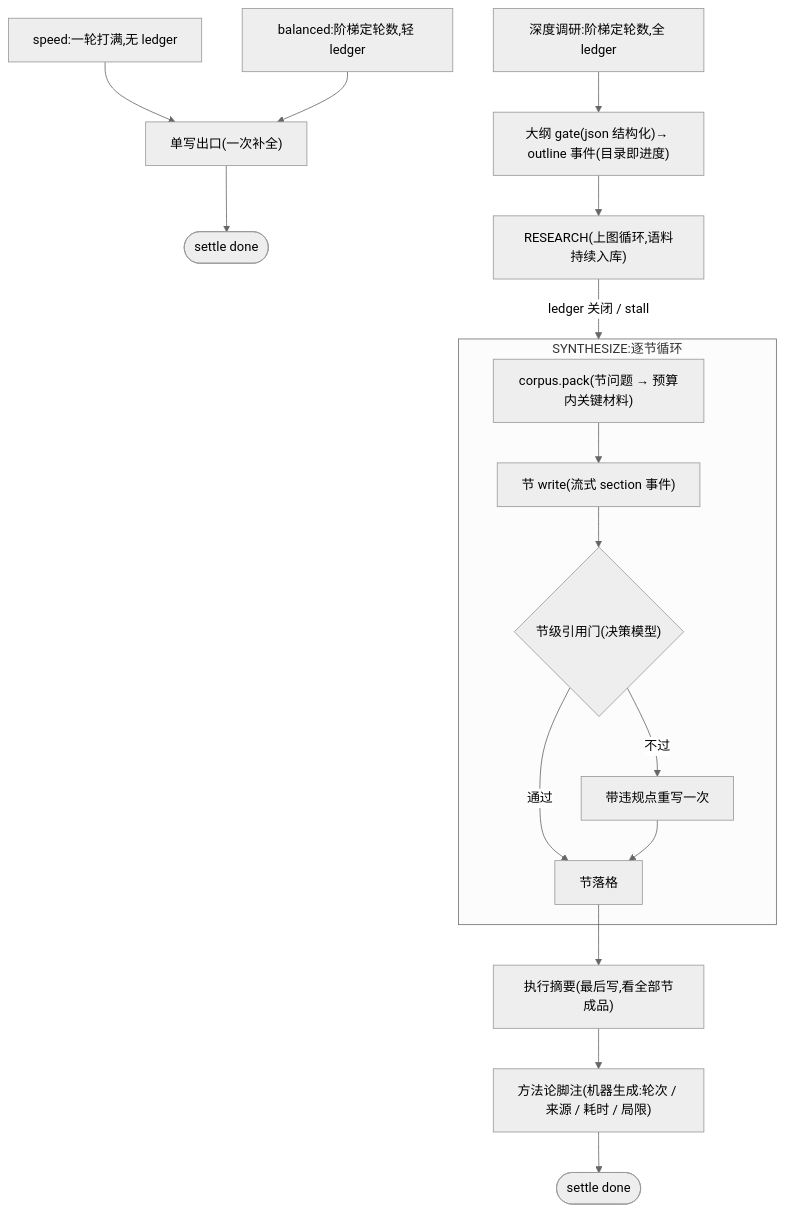
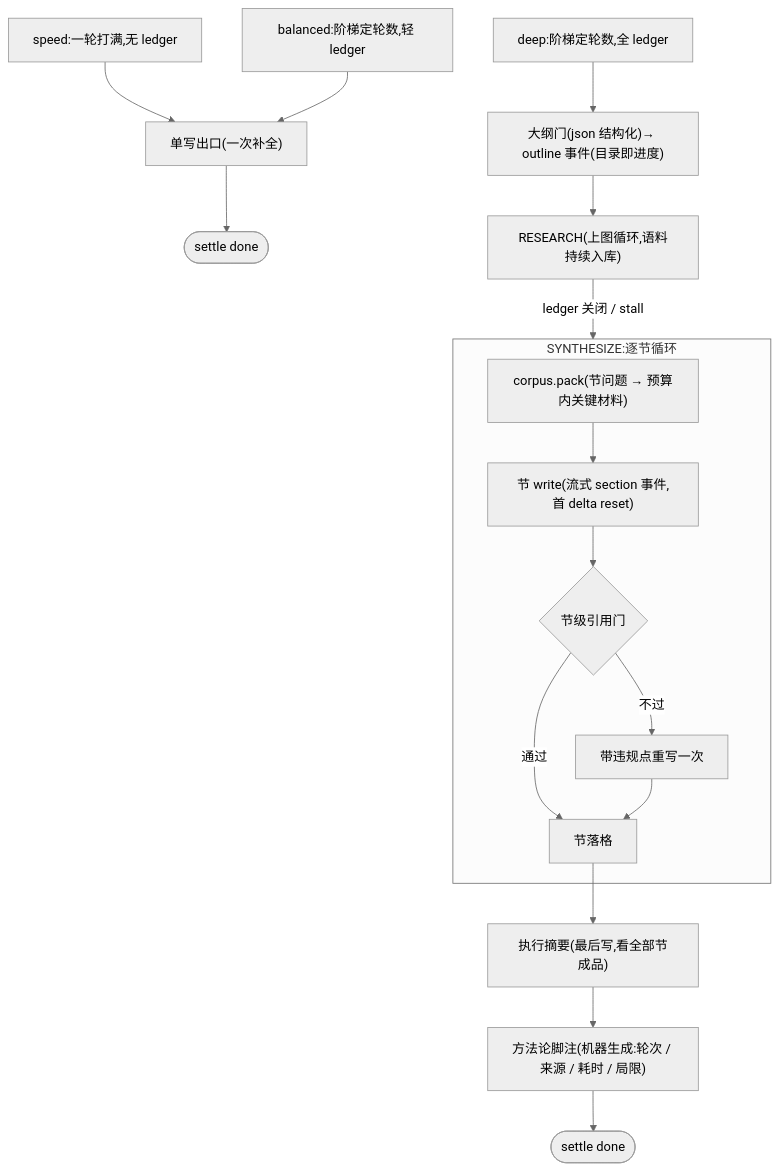
The fourth of 5 diagrams in NEXTGEN-DESIGN.md (hezhijie0327/ZJSearch), drawn with Mermaid (neutral theme) before and after one commit. The commit also changed other lines of this file and 3 other files, not shown here.

````diff
--- a/NEXTGEN-DESIGN.md
+++ b/NEXTGEN-DESIGN.md
@@ -725,19 +314,19 @@
 ```mermaid
 flowchart TB
   SP["speed:一轮打满,无 ledger"] --> W1["单写出口(一次补全)"]
   BA["balanced:阶梯定轮数,轻 ledger"] --> W1
-  DE["深度调研:阶梯定轮数,全 ledger"] --> OUT
+  DE["deep:阶梯定轮数,全 ledger"] --> OUT
   W1 --> DONE1(["settle done"])
-  OUT["大纲 gate(json 结构化)→ outline 事件(目录即进度)"] --> LOOP["RESEARCH(上图循环,语料持续入库)"]
+  OUT["大纲门(json 结构化)→ outline 事件(目录即进度)"] --> LOOP["RESEARCH(上图循环,语料持续入库)"]
   LOOP -->|"ledger 关闭 / stall"| SYN
   subgraph SYN["SYNTHESIZE:逐节循环"]
-    PACK["corpus.pack(节问题 → 预算内关键材料)"] --> WRITE["节 write(流式 section 事件)"]
-    WRITE --> GATE{"节级引用门(决策模型)"}
+    PACK["corpus.pack(节问题 → 预算内关键材料)"] --> WRITE["节 write(流式 section 事件,首 delta reset)"]
+    WRITE --> GATE{"节级引用门"}
     GATE -->|"不过"| REWRITE["带违规点重写一次"]
     GATE -->|"通过"| DONE["节落格"]
     REWRITE --> DONE
   end
   DONE --> SUM["执行摘要(最后写,看全部节成品)"]
   SUM --> METHOD["方法论脚注(机器生成:轮次 / 来源 / 耗时 / 局限)"]
   METHOD --> SETTLE(["settle done"])
 ```
````
